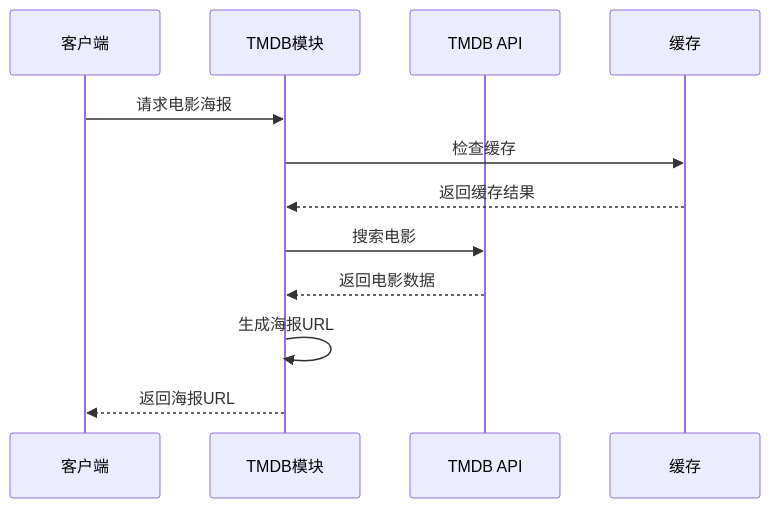
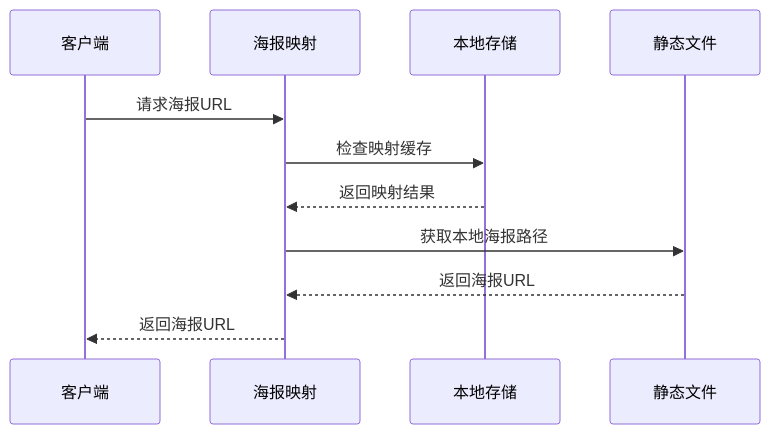
The ninth of 12 diagrams in .qoder/repowiki/zh/content/扩展开发/TMDB电影海报集成系统.md (Dragon0412/fbti-app), drawn with Mermaid before and after one commit. The commit also changed other lines of this file and 14 other files, not shown here.

````diff
--- a/.qoder/repowiki/zh/content/扩展开发/TMDB电影海报集成系统.md
+++ b/.qoder/repowiki/zh/content/扩展开发/TMDB电影海报集成系统.md
@@ -290,14 +361,13 @@
 ```mermaid
 sequenceDiagram
 participant Client as 客户端
-participant TmdbModule as TMDB模块
-participant TmdbAPI as TMDB API
-participant Cache as 缓存
-Client->>TmdbModule : 请求电影海报
-TmdbModule->>Cache : 检查缓存
-Cache-->>TmdbModule : 返回缓存结果
-TmdbModule->>TmdbAPI : 搜索电影
-TmdbAPI-->>TmdbModule : 返回电影数据
-TmdbModule->>TmdbModule : 生成海报URL
-TmdbModule-->>Client : 返回海报URL
+participant PosterMap as 海报映射
+participant LocalStorage as 本地存储
+participant StaticFiles as 静态文件
+Client->>PosterMap : 请求海报URL
+PosterMap->>LocalStorage : 检查映射缓存
+LocalStorage-->>PosterMap : 返回映射结果
+PosterMap->>StaticFiles : 获取本地海报路径
+StaticFiles-->>PosterMap : 返回海报URL
+PosterMap-->>Client : 返回海报URL
 ```
````
